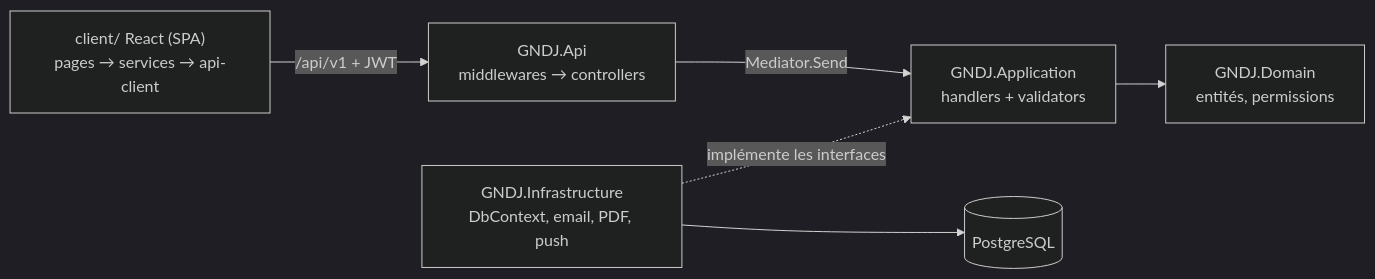
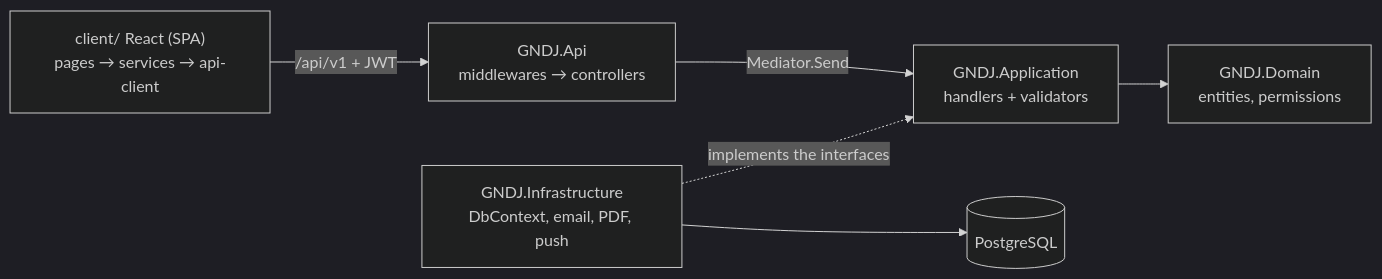
The first of 4 diagrams in docs/help/documentation-technique.md (samerc/GNDJ_Gestion_Groupe), drawn with Mermaid (dark theme) before and after one commit. The commit also changed other lines of this file and 2 other files, not shown here.

````diff
--- a/docs/help/documentation-technique.md
+++ b/docs/help/documentation-technique.md
@@ -23,8 +23,8 @@
 ```mermaid
 flowchart LR
     UI["client/ React (SPA)<br/>pages → services → api-client"] -->|/api/v1 + JWT| API["GNDJ.Api<br/>middlewares → controllers"]
     API -->|Mediator.Send| APP["GNDJ.Application<br/>handlers + validators"]
-    APP --> DOM["GNDJ.Domain<br/>entités, permissions"]
-    INF["GNDJ.Infrastructure<br/>DbContext, email, PDF, push"] -.->|implémente les interfaces| APP
+    APP --> DOM["GNDJ.Domain<br/>entities, permissions"]
+    INF["GNDJ.Infrastructure<br/>DbContext, email, PDF, push"] -.->|implements the interfaces| APP
     INF --> PG[(PostgreSQL)]
 ```
````
